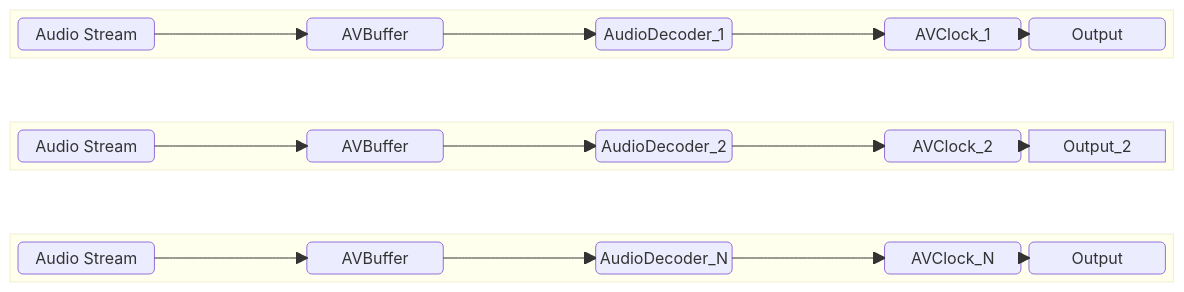
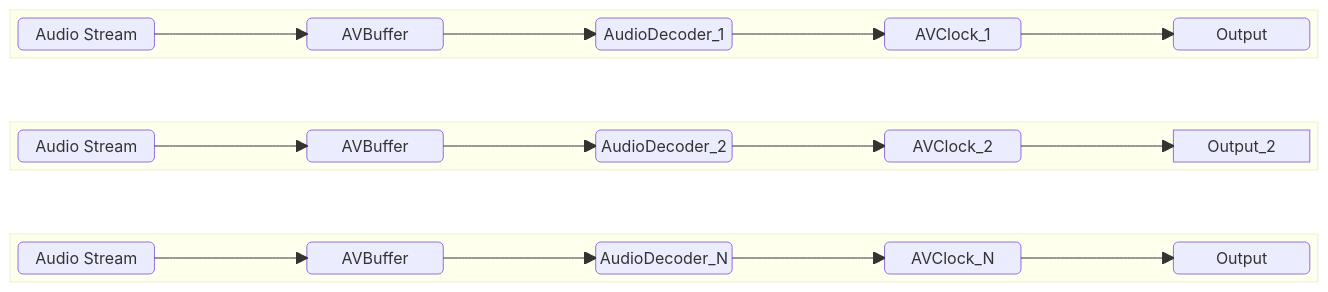
One commit to davidkoo-brcm/rdk-halif-aidl-test-avclock changed the sixth of 8 diagrams in docs/pages/avClock_High-Level-3_TestSpecification.md. Above: the diagram before and after it, drawn with Mermaid. The commit also changed other lines of this file, not shown here.

````diff
--- a/docs/pages/avClock_High-Level-3_TestSpecification.md
+++ b/docs/pages/avClock_High-Level-3_TestSpecification.md
@@ -164,27 +164,27 @@
 ```mermaid
 block-beta
 columns 1
     block:1
-        AudioStream_1("Audio Stream") space AVBuffer_1("AVBuffer") space AudioDecoder_1("AudioDecoder_1") space AVClock_1("AVClock_1") Output_1("Output")
+        AudioStream_1("Audio Stream") space AVBuffer_1("AVBuffer") space AudioDecoder_1("AudioDecoder_1") space AVClock_1("AVClock_1") space Output_1("Output")
         AudioStream_1 --> AVBuffer_1
         AVBuffer_1 --> AudioDecoder_1
         AudioDecoder_1 --> AVClock_1
         AVClock_1 --> Output_1
     end
     space
     block:2
-        AudioStream_2("Audio Stream") space AVBuffer_2("AVBuffer") space AudioDecoder_2("AudioDecoder_2") space AVClock_2("AVClock_2") Output_1("Output")
+        AudioStream_2("Audio Stream") space AVBuffer_2("AVBuffer") space AudioDecoder_2("AudioDecoder_2") space AVClock_2("AVClock_2") space Output_1("Output")
         AudioStream_2 --> AVBuffer_2
         AVBuffer_2 --> AudioDecoder_2
         AudioDecoder_2 --> AVClock_2
         AVClock_2 --> Output_2
     end
     space
     block:N
-        AudioStream_N("Audio Stream") space AVBuffer_N("AVBuffer") space AudioDecoder_N("AudioDecoder_N") space AVClock_N("AVClock_N") Output_N("Output")
+        AudioStream_N("Audio Stream") space AVBuffer_N("AVBuffer") space AudioDecoder_N("AudioDecoder_N") space AVClock_N("AVClock_N") space Output_N("Output")
         AudioStream_N --> AVBuffer_N
         AVBuffer_N --> AudioDecoder_N
         AudioDecoder_N--> AVClock_N
         AVClock_N --> Output_N
     end
 ```
````
